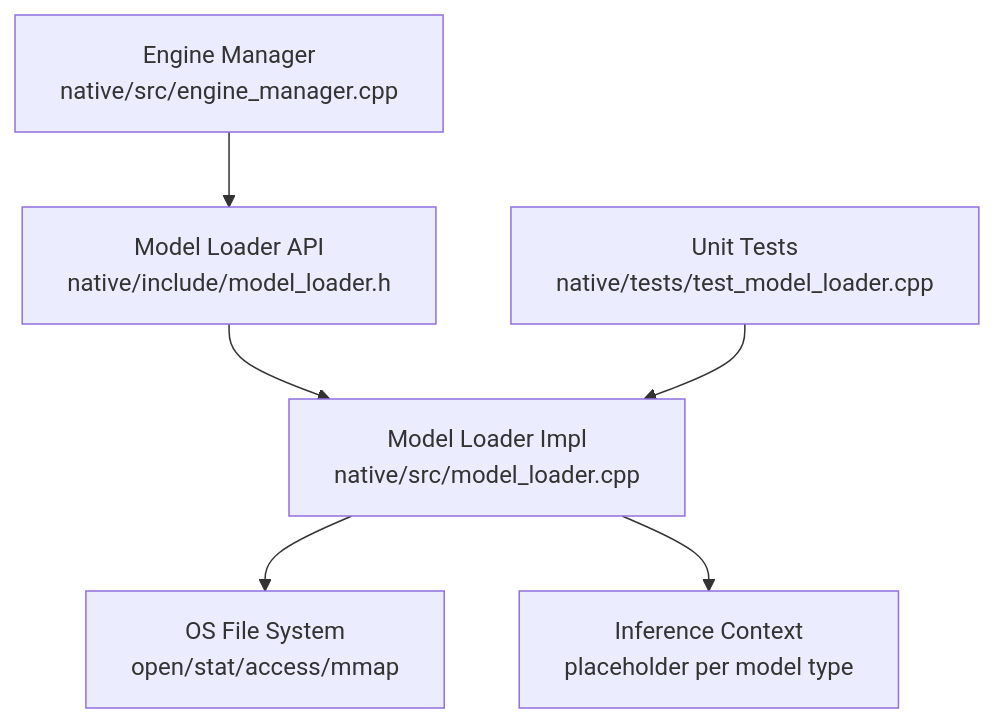
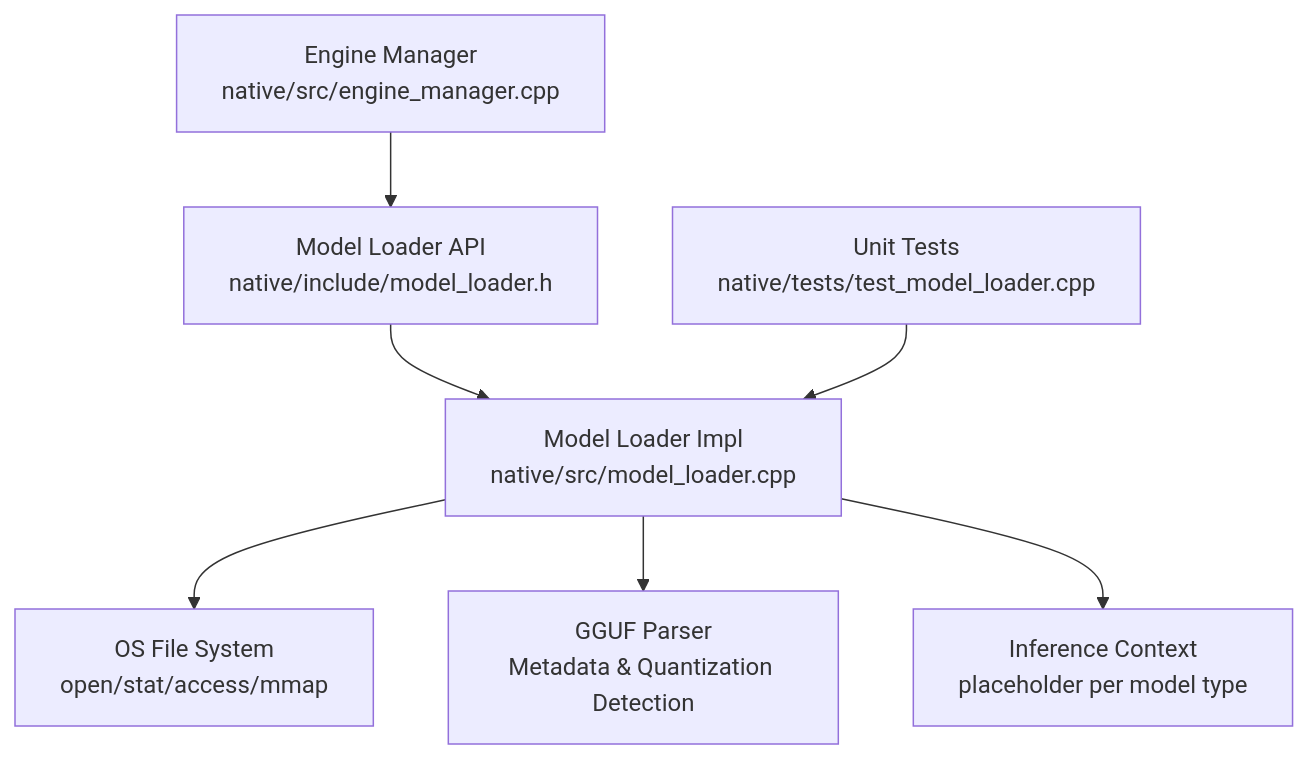
The first of 10 diagrams in .qoder/repowiki/en/content/Model Management System/Model Loader Core.md (iMyth/QwenEcho), drawn with Mermaid before and after one commit. The commit also changed other lines of this file and 129 other files, not shown here.

````diff
--- a/.qoder/repowiki/en/content/Model Management System/Model Loader Core.md
+++ b/.qoder/repowiki/en/content/Model Management System/Model Loader Core.md
@@ -33,8 +41,9 @@
 ```mermaid
 graph TB
 A["Engine Manager<br/>native/src/engine_manager.cpp"] --> B["Model Loader API<br/>native/include/model_loader.h"]
 B --> C["Model Loader Impl<br/>native/src/model_loader.cpp"]
 C --> D["OS File System<br/>open/stat/access/mmap"]
-C --> E["Inference Context<br/>placeholder per model type"]
-F["Unit Tests<br/>native/tests/test_model_loader.cpp"] --> C
+C --> E["GGUF Parser<br/>Metadata & Quantization Detection"]
+C --> F["Inference Context<br/>placeholder per model type"]
+G["Unit Tests<br/>native/tests/test_model_loader.cpp"] --> C
 ```
````
